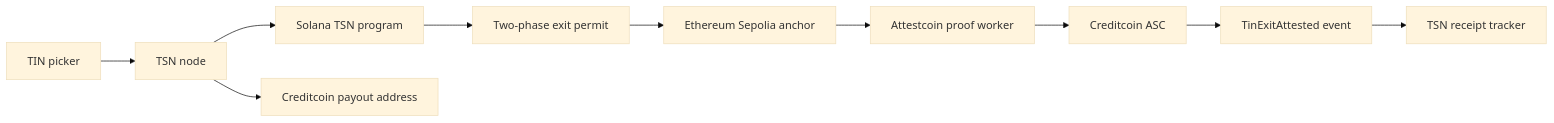
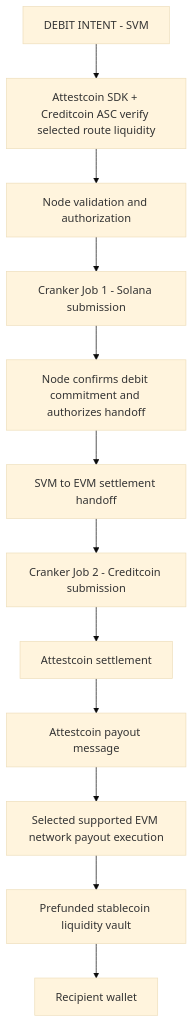
Before and after one commit to Trustlink-Labs/TSN-Protocol: the diagram in tsn-crosschain/docs/architecture.md, drawn with Mermaid (base theme). The commit also changed other lines of this file and 22 other files, not shown here.

````diff
--- a/tsn-crosschain/docs/architecture.md
+++ b/tsn-crosschain/docs/architecture.md
@@ -10,12 +10,14 @@
 ```mermaid
-flowchart LR
-  UI[TIN picker] --> Node[TSN node]
-  Node --> Solana[Solana TSN program]
-  Solana --> Exit[Two-phase exit permit]
-  Exit --> Anchor[Ethereum Sepolia anchor]
-  Anchor --> Worker[Attestcoin proof worker]
-  Worker --> ASC[Creditcoin ASC]
-  ASC --> Receipt[TinExitAttested event]
-  Node --> Payout[Creditcoin payout address]
-  Receipt --> Tracker[TSN receipt tracker]
+flowchart TD
+  Intent[DEBIT INTENT - SVM] --> Attest[Attestcoin SDK + Creditcoin ASC verify selected route liquidity]
+  Attest --> Node[Node validation and authorization]
+  Node --> SolCranker[Cranker Job 1 - Solana submission]
+  SolCranker --> CommitNode[Node confirms debit commitment and authorizes handoff]
+  CommitNode --> Handoff[SVM to EVM settlement handoff]
+  Handoff --> CcCranker[Cranker Job 2 - Creditcoin submission]
+  CcCranker --> Hub[Attestcoin settlement]
+  Hub --> Route[Attestcoin payout message]
+  Route --> Selected[Selected supported EVM network payout execution]
+  Selected --> Vault[Prefunded stablecoin liquidity vault]
+  Vault --> Recipient[Recipient wallet]
 ```
````
